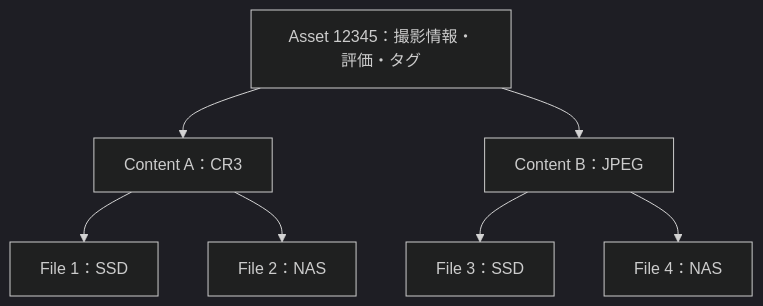
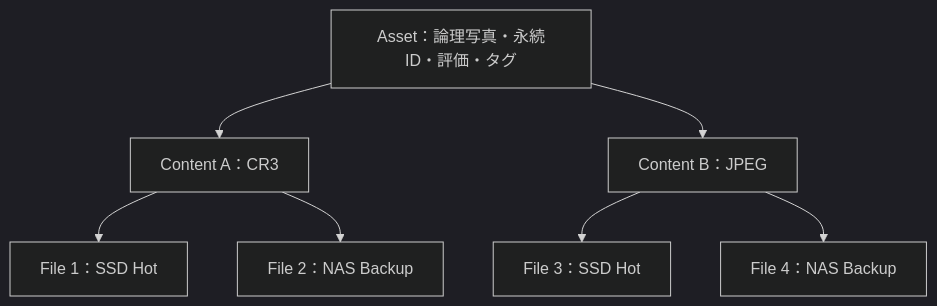
Before and after one commit to yshdsnd/wing-photovault: the second of 5 diagrams in docs/WING-PhotoVault-spec.md, drawn with Mermaid (dark theme). The commit also changed other lines of this file and 13 other files, not shown here.

Commit message:
docs: update spec and DB schema, add ADRs (0001-0009), GEMINI.md, and AGENTS.md

````diff
--- a/docs/WING-PhotoVault-spec.md
+++ b/docs/WING-PhotoVault-spec.md
@@ -135,9 +167,9 @@
 ```mermaid
 flowchart TD
- A[Asset 12345：撮影情報・評価・タグ] --> C1[Content A：CR3]
+ A[Asset：論理写真・永続ID・評価・タグ] --> C1[Content A：CR3]
  A --> C2[Content B：JPEG]
- C1 --> F1[File 1：SSD]
- C1 --> F2[File 2：NAS]
- C2 --> F3[File 3：SSD]
- C2 --> F4[File 4：NAS]
+ C1 --> F1[File 1：SSD Hot]
+ C1 --> F2[File 2：NAS Backup]
+ C2 --> F3[File 3：SSD Hot]
+ C2 --> F4[File 4：NAS Backup]
 ```
````
